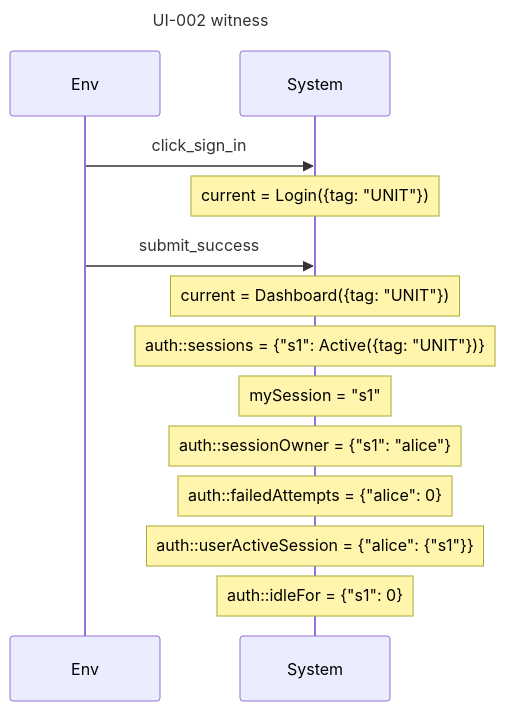
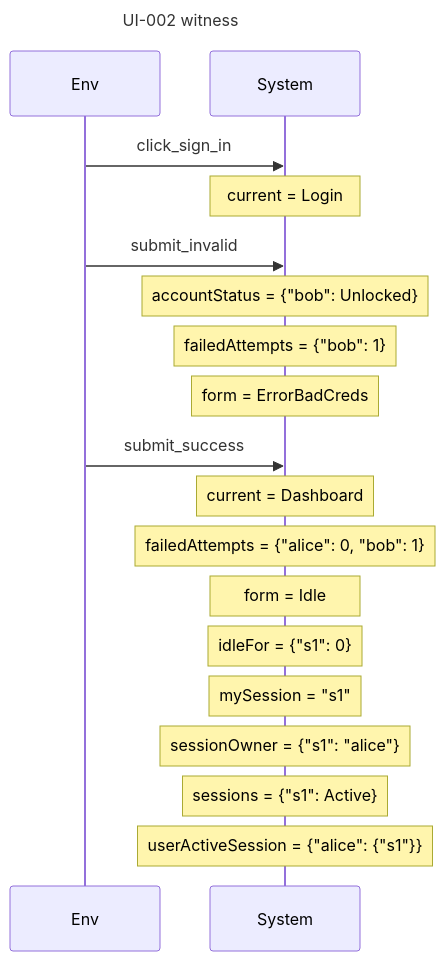
The third of 8 diagrams in examples/specs/auth-ui.readback.md (AlesKracik/quintessence), drawn with Mermaid before and after one commit. The commit also changed other lines of this file and 53 other files, not shown here.

````diff
--- a/examples/specs/auth-ui.readback.md
+++ b/examples/specs/auth-ui.readback.md
@@ -338,16 +339,21 @@
 ```mermaid
 sequenceDiagram
     title UI-002 witness
     participant E as Env
     participant S as System
     E->>S: click_sign_in
-    Note over S: current = Login({tag: "UNIT"})
+    Note over S: current = Login
+    E->>S: submit_invalid
+    Note over S: accountStatus = {"bob": Unlocked}
+    Note over S: failedAttempts = {"bob": 1}
+    Note over S: form = ErrorBadCreds
     E->>S: submit_success
-    Note over S: current = Dashboard({tag: "UNIT"})
-    Note over S: auth::sessions = {"s1": Active({tag: "UNIT"})}
+    Note over S: current = Dashboard
+    Note over S: failedAttempts = {"alice": 0, "bob": 1}
+    Note over S: form = Idle
+    Note over S: idleFor = {"s1": 0}
     Note over S: mySession = "s1"
-    Note over S: auth::sessionOwner = {"s1": "alice"}
-    Note over S: auth::failedAttempts = {"alice": 0}
-    Note over S: auth::userActiveSession = {"alice": {"s1"}}
-    Note over S: auth::idleFor = {"s1": 0}
+    Note over S: sessionOwner = {"s1": "alice"}
+    Note over S: sessions = {"s1": Active}
+    Note over S: userActiveSession = {"alice": {"s1"}}
 ```
````
